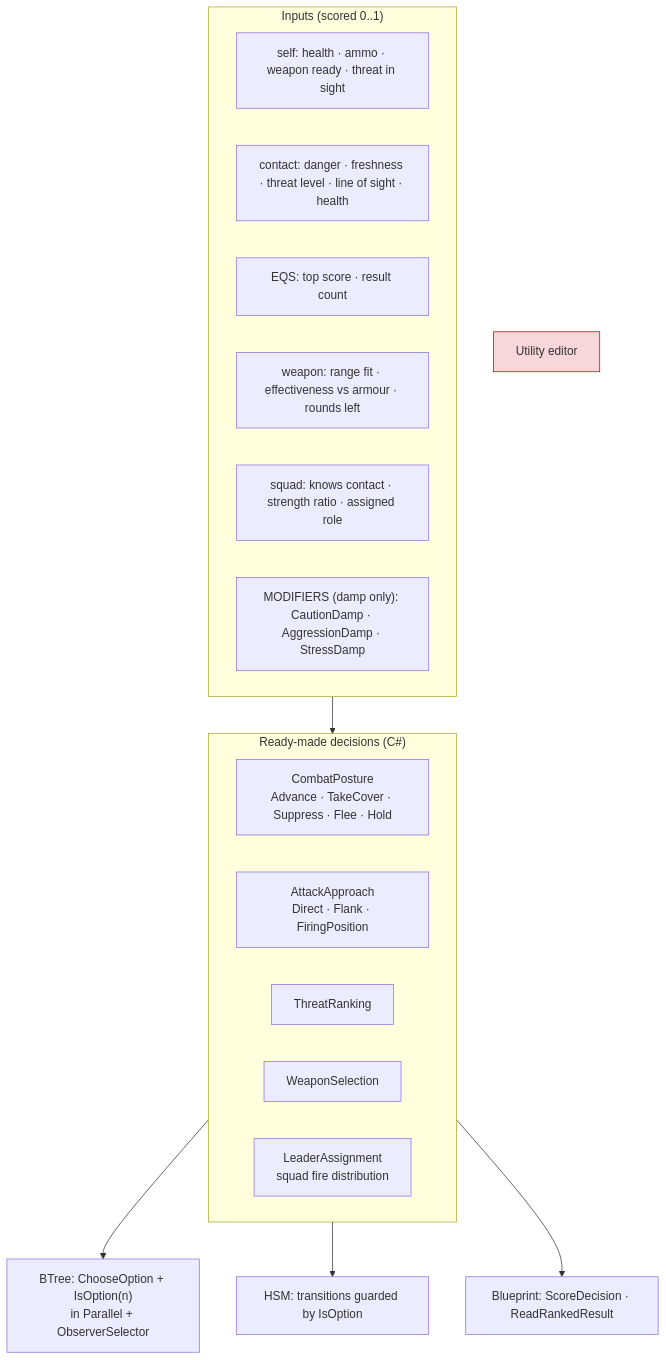
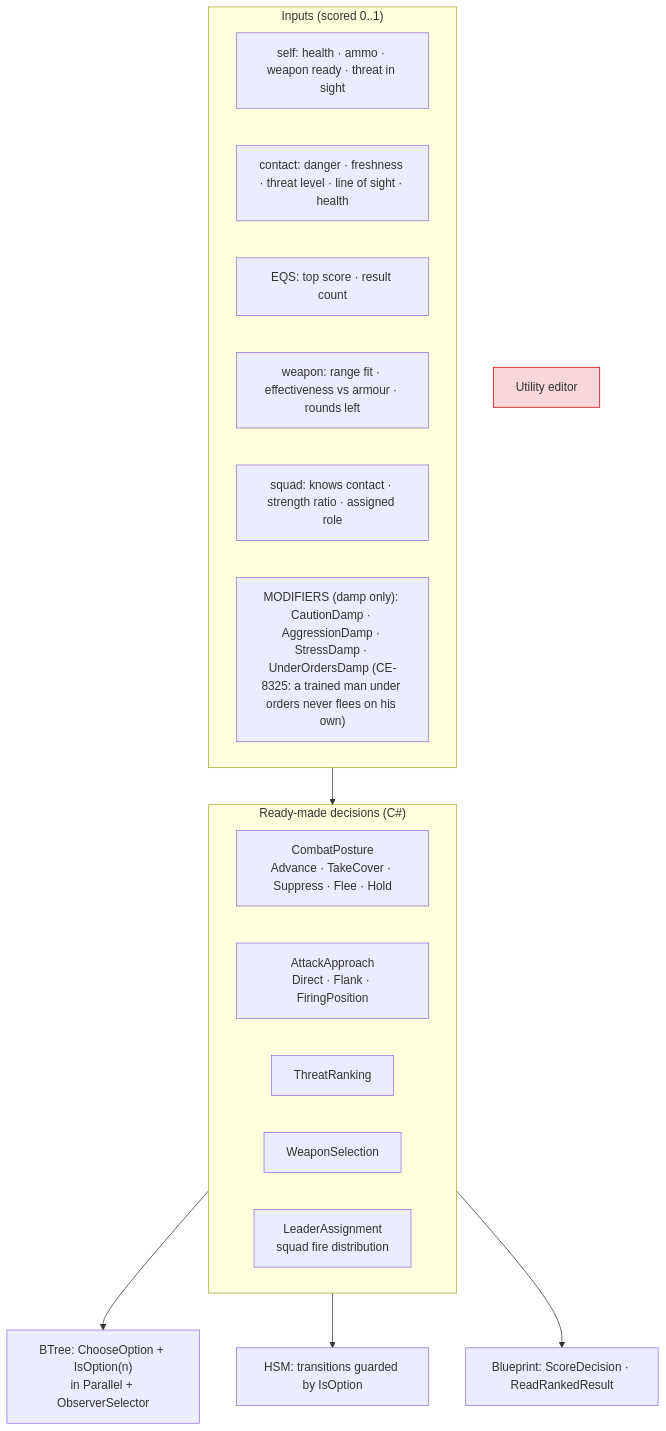
Before and after one commit to pjanec/HROT: the third of 10 diagrams in docs/OVERVIEW_Behaviour_Building_Blocks.md, drawn with Mermaid. The commit also changed 4 other files, not shown here.

First line of the commit message:
CE-8325: a trained man under a superior's order does not flee on his own — UnderOrdersDamp on the posture's Flee option

````diff
--- a/docs/OVERVIEW_Behaviour_Building_Blocks.md
+++ b/docs/OVERVIEW_Behaviour_Building_Blocks.md
@@ -125,24 +125,24 @@
 ```mermaid
 graph TD
   subgraph DEC["Ready-made decisions (C#)"]
     D1["CombatPosture<br/>Advance · TakeCover · Suppress · Flee · Hold"]
     D2["AttackApproach<br/>Direct · Flank · FiringPosition"]
     D3["ThreatRanking"]
     D4["WeaponSelection"]
     D5["LeaderAssignment<br/>squad fire distribution"]
   end
   subgraph IN["Inputs (scored 0..1)"]
     I1["self: health · ammo · weapon ready · threat in sight"]
     I2["contact: danger · freshness · threat level · line of sight · health"]
     I3["EQS: top score · result count"]
     I4["weapon: range fit · effectiveness vs armour · rounds left"]
     I5["squad: knows contact · strength ratio · assigned role"]
-    I6["MODIFIERS (damp only): CautionDamp · AggressionDamp · StressDamp"]
+    I6["MODIFIERS (damp only): CautionDamp · AggressionDamp · StressDamp · UnderOrdersDamp (CE-8325: a trained man under orders never flees on his own)"]
   end
   IN --> DEC
   DEC --> BT["BTree: ChooseOption + IsOption(n)<br/>in Parallel + ObserverSelector"]
   DEC --> HSM["HSM: transitions guarded by IsOption"]
   DEC --> BP["Blueprint: ScoreDecision · ReadRankedResult"]
   ED["Utility editor"]:::missing
   classDef missing fill:#f8d7da,stroke:#c00
 ```
````
